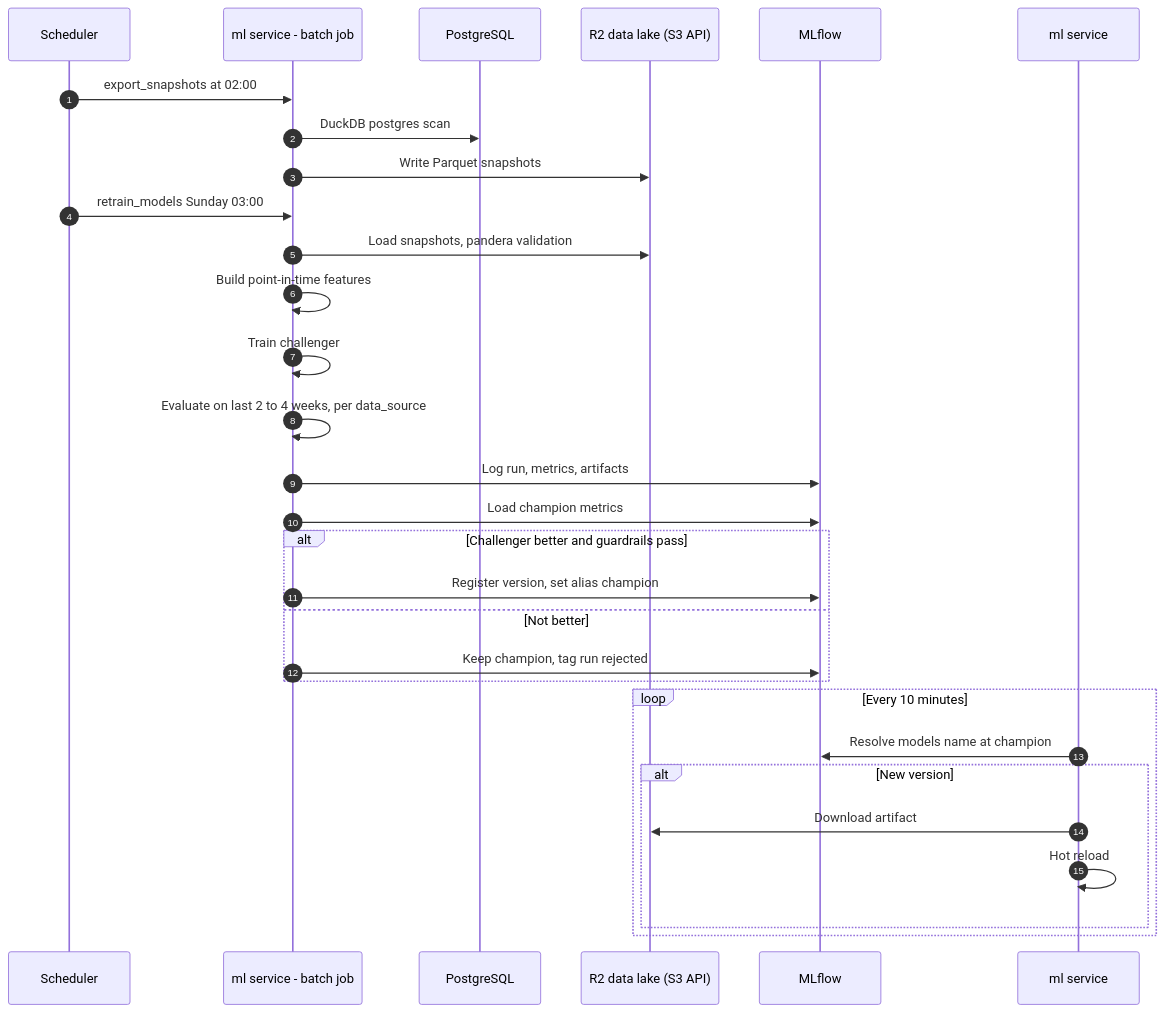
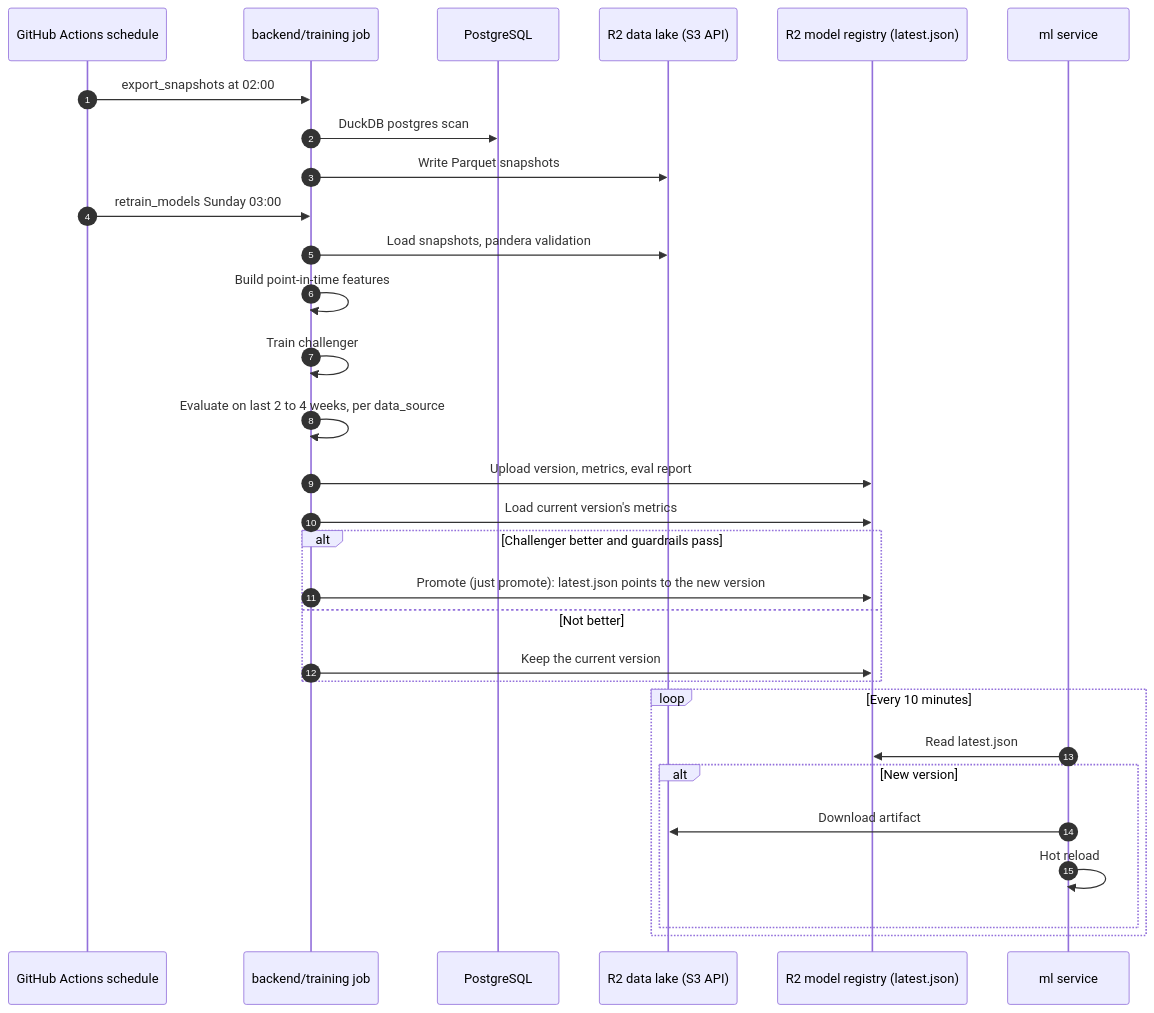
Before and after one commit to prelekar7/GharBasket: diagram 17 of 18 in docs/handbook/07-workflows.md, drawn with Mermaid. The commit also changed other lines of this file and 16 other files, not shown here.

````diff
--- a/docs/handbook/07-workflows.md
+++ b/docs/handbook/07-workflows.md
@@ -643,32 +643,32 @@
 ```mermaid
 sequenceDiagram
     autonumber
-    participant SCH as Scheduler
-    participant MW as ml service - batch job
+    participant SCH as GitHub Actions schedule
+    participant MW as backend/training job
     participant DB as PostgreSQL
     participant S3 as R2 data lake (S3 API)
-    participant MLF as MLflow
+    participant MLF as R2 model registry (latest.json)
     participant ML as ml service
     SCH->>MW: export_snapshots at 02:00
     MW->>DB: DuckDB postgres scan
     MW->>S3: Write Parquet snapshots
     SCH->>MW: retrain_models Sunday 03:00
     MW->>S3: Load snapshots, pandera validation
     MW->>MW: Build point-in-time features
     MW->>MW: Train challenger
     MW->>MW: Evaluate on last 2 to 4 weeks, per data_source
-    MW->>MLF: Log run, metrics, artifacts
-    MW->>MLF: Load champion metrics
+    MW->>MLF: Upload version, metrics, eval report
+    MW->>MLF: Load current version's metrics
     alt Challenger better and guardrails pass
-        MW->>MLF: Register version, set alias champion
+        MW->>MLF: Promote (just promote): latest.json points to the new version
     else Not better
-        MW->>MLF: Keep champion, tag run rejected
+        MW->>MLF: Keep the current version
     end
     loop Every 10 minutes
-        ML->>MLF: Resolve models name at champion
+        ML->>MLF: Read latest.json
         alt New version
             ML->>S3: Download artifact
             ML->>ML: Hot reload
         end
     end
 ```
````
